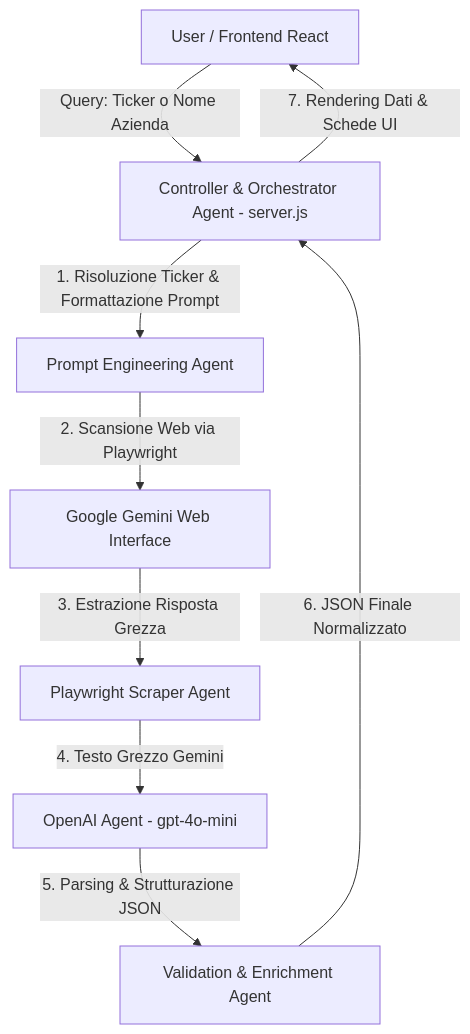
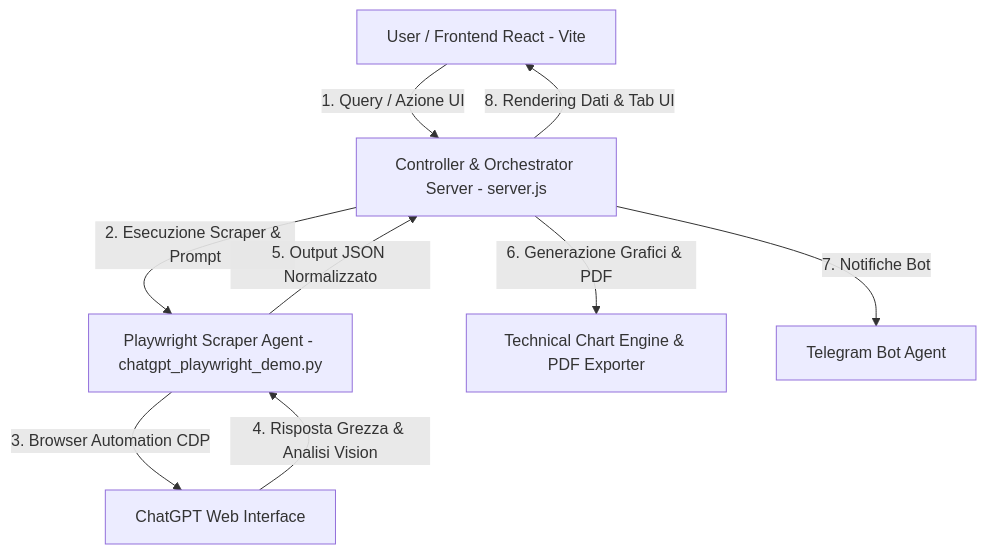
Before and after one commit to martale1/chatgpt: the diagram in README.md, drawn with Mermaid. The commit also changed other lines of this file, not shown here.

Commit message:
docs: update README.md to reflect ChatGPT Web usage instead of Gemini

````diff
--- a/README.md
+++ b/README.md
@@ -25,11 +21,11 @@
 ```mermaid
 flowchart TD
-    A[User / Frontend React] -->|Query: Ticker o Nome Azienda| B[Controller & Orchestrator Agent - server.js]
-    B -->|1. Risoluzione Ticker & Formattazione Prompt| C[Prompt Engineering Agent]
-    C -->|2. Scansione Web via Playwright| D[Google Gemini Web Interface]
-    D -->|3. Estrazione Risposta Grezza| E[Playwright Scraper Agent]
-    E -->|4. Testo Grezzo Gemini| F[OpenAI Agent - gpt-4o-mini]
-    F -->|5. Parsing & Strutturazione JSON| G[Validation & Enrichment Agent]
-    G -->|6. JSON Finale Normalizzato| B
-    B -->|7. Rendering Dati & Schede UI| A
+    A[User / Frontend React - Vite] -->|1. Query / Azione UI| B[Controller & Orchestrator Server - server.js]
+    B -->|2. Esecuzione Scraper & Prompt| C[Playwright Scraper Agent - chatgpt_playwright_demo.py]
+    C -->|3. Browser Automation CDP| D[ChatGPT Web Interface]
+    D -->|4. Risposta Grezza & Analisi Vision| C
+    C -->|5. Output JSON Normalizzato| B
+    B -->|6. Generazione Grafici & PDF| E[Technical Chart Engine & PDF Exporter]
+    B -->|7. Notifiche Bot| F[Telegram Bot Agent]
+    B -->|8. Rendering Dati & Tab UI| A
 ```
````
